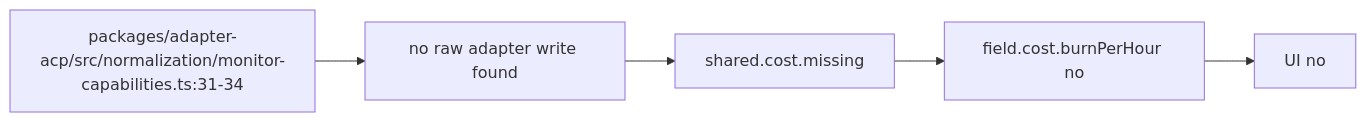
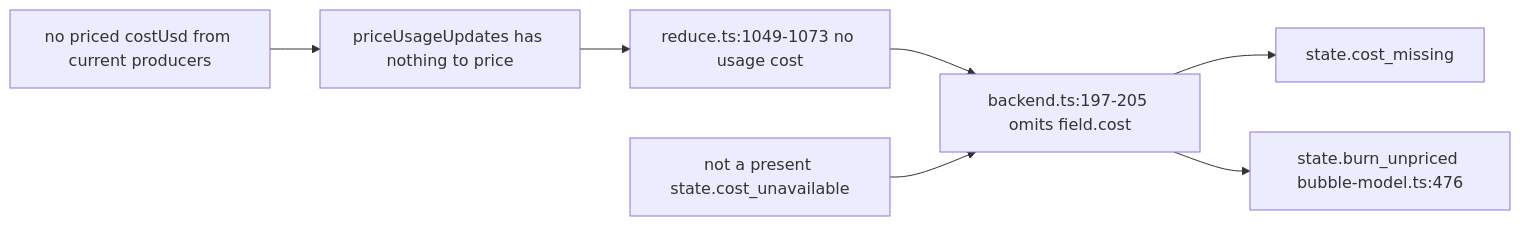
Before and after one commit to vibefield/puppeteer: the diagram in audit/godview/evidence/acp/cost.burnPerHour.mmd, drawn with Mermaid. The commit also changed 1255 other files, not shown here.

```diff
--- a/audit/godview/evidence/acp/cost.burnPerHour.mmd
+++ b/audit/godview/evidence/acp/cost.burnPerHour.mmd
@@ -1,11 +1,10 @@
-%% graph_ref: shared.cost.missing
-%% adapter: acp
-%% field: field.cost.burnPerHour
-%% forensic: source-read at 748d015; not a live sample
+%% graph_ref: path.usage
+%% shared_map: 07e71c9bcb9532fc181e3f667f2d0ed2e7c9afaf
+%% forensic: source-read 748d015a7e393112e0a91dad80111fdf5abe6583; not a live sample
 flowchart LR
-  src["packages/adapter-acp/src/normalization/monitor-capabilities.ts:31-34"]
-  raw["no raw adapter write found"]
-  shared["shared.cost.missing"]
-  row["field.cost.burnPerHour no"]
-  ui["UI no"]
-  src --> raw --> shared --> row --> ui
+  raw["no priced costUsd from current producers"] --> price["priceUsageUpdates has nothing to price"]
+  price --> red["reduce.ts:1049-1073 no usage cost"]
+  red --> row["backend.ts:197-205 omits field.cost"]
+  row --> missing["state.cost_missing"]
+  row --> hollow["state.burn_unpriced bubble-model.ts:476"]
+  notrow["not a present state.cost_unavailable"] --> row
```
